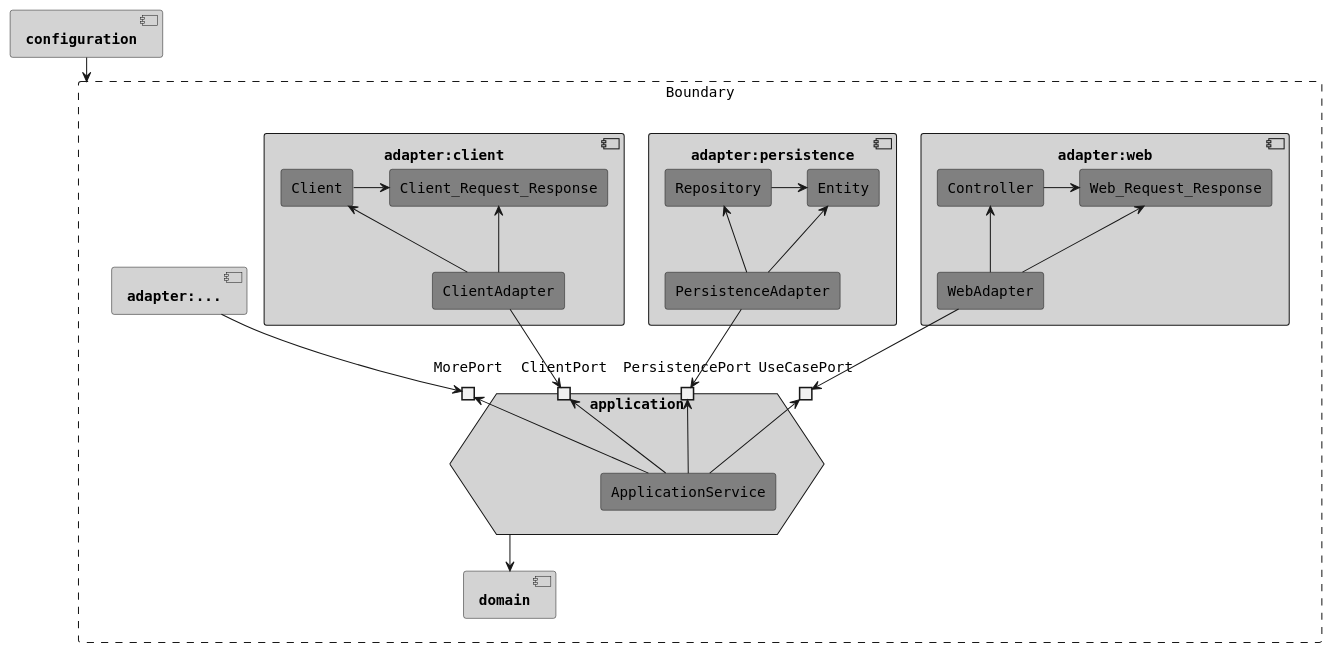
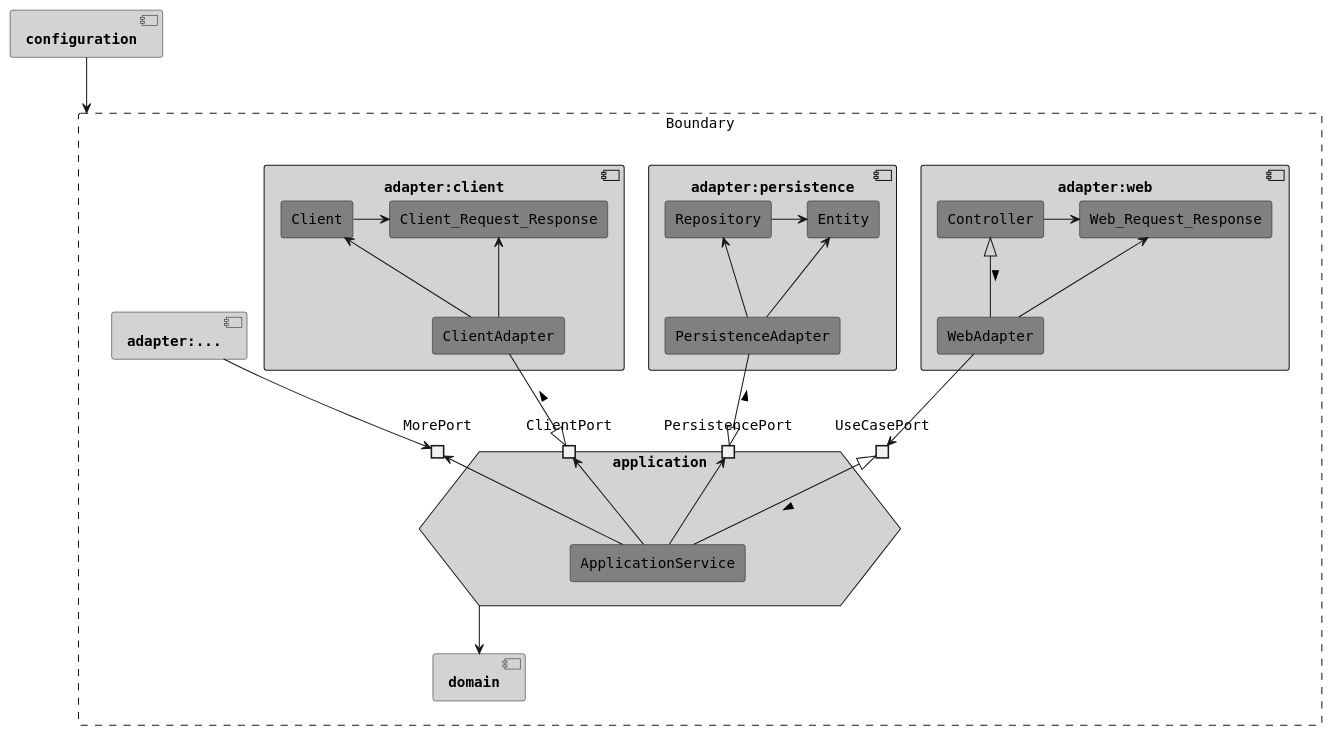
One commit to macdao/hands-on-clean-architecture-template changed the diagram in README.md. Above: the diagram before and after it, drawn with PlantUML. The commit also changed other lines of this file and 2 other files, not shown here.

Commit message:
chore: update document about persistence-jdbc

````diff
--- a/README.md
+++ b/README.md
@@ -87,64 +87,64 @@
 ```plantuml
 @startuml
 skinparam defaultFontName Fira Code, Monospaced
 skinparam RectangleBorderStyle<<Boundary>> dashed
 skinparam RectangleBackgroundColor<<Boundary>> White
 skinparam RectangleFontStyle<<Boundary>> normal
 skinparam RectangleBackgroundColor Gray
 skinparam ComponentBackgroundColor LightGray
 skinparam HexagonBackgroundColor LightGray
 skinparam ComponentFontStyle bold
 hide <<Boundary>> stereotype
 
 rectangle Boundary <<Boundary>> {
   hexagon application {
     port UseCasePort
     port PersistencePort
     port ClientPort
     port MorePort
     rectangle ApplicationService
-    UseCasePort <-- ApplicationService
+    UseCasePort <|-- ApplicationService: >
     PersistencePort <-- ApplicationService
     ClientPort <-- ApplicationService
     MorePort <-- ApplicationService
   }
   application --> [domain]
 
   component adapter:web {
     rectangle Controller
     rectangle Web_Request_Response
     Controller -> Web_Request_Response
     rectangle WebAdapter
-    Controller <-- WebAdapter
+    Controller <|-- WebAdapter: >
     Web_Request_Response <-- WebAdapter
   }
   WebAdapter --> UseCasePort
 
   component adapter:persistence {
     rectangle Repository
     rectangle Entity
     Repository -> Entity
     rectangle PersistenceAdapter
     Repository <-- PersistenceAdapter
     Entity <-- PersistenceAdapter
   }
-  PersistenceAdapter --> PersistencePort
+  PersistenceAdapter --|> PersistencePort: <
 
   component adapter:client {
     rectangle Client
     rectangle Client_Request_Response
     Client -> Client_Request_Response
     rectangle ClientAdapter
     Client <-- ClientAdapter
     Client_Request_Response <-- ClientAdapter
   }
-  ClientAdapter --> ClientPort 
+  ClientAdapter --|> ClientPort: <
 
   [adapter:...] --> MorePort
 }
 
 
 [configuration] --> Boundary
 
 @enduml
 ```
````
